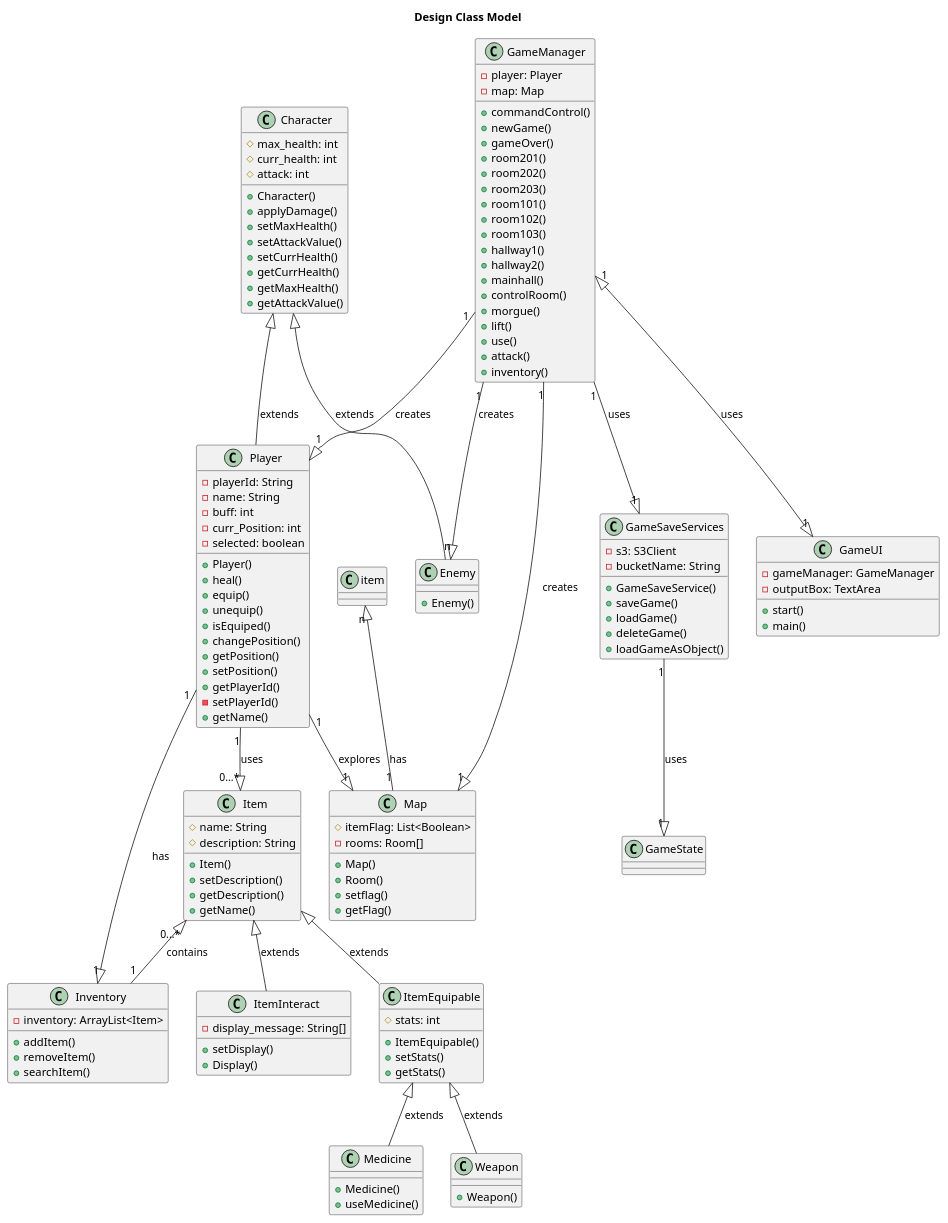
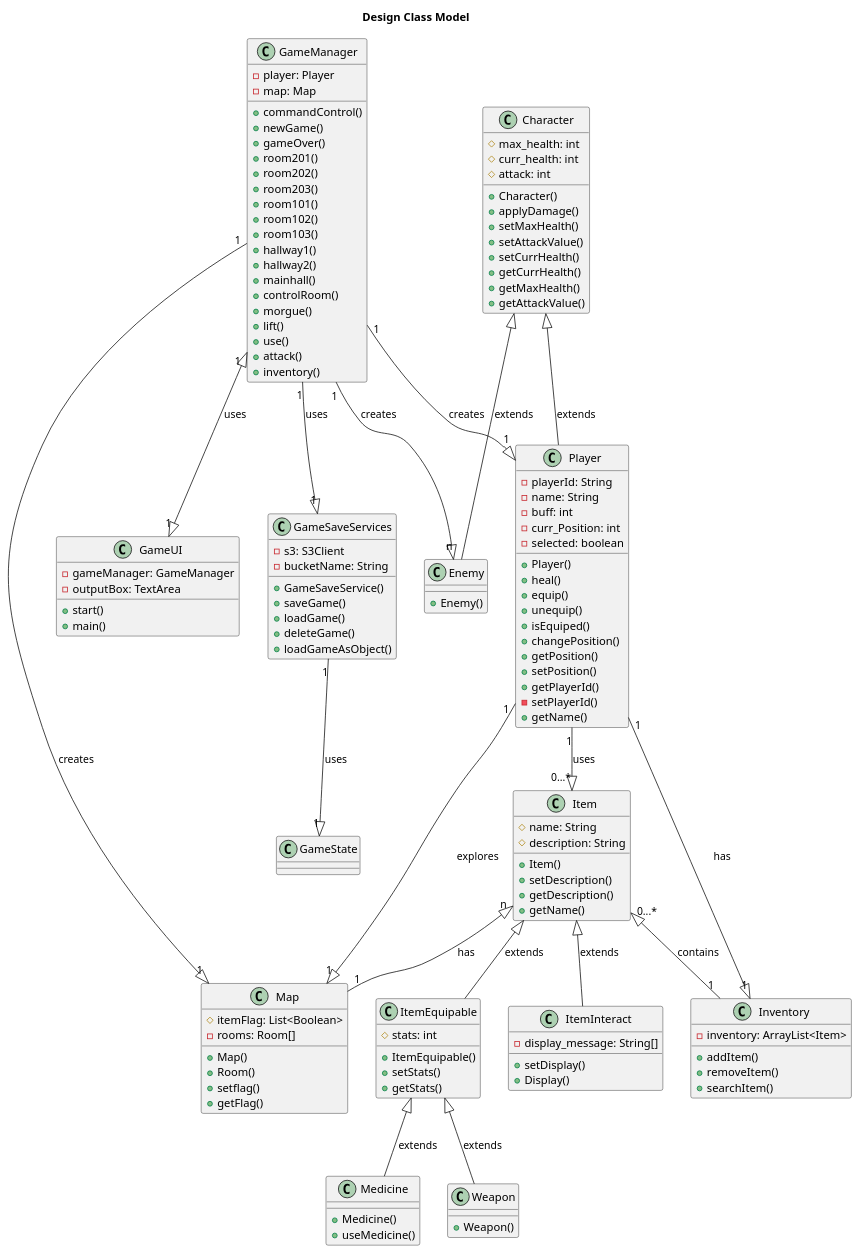
The diagram in docs/uml/DesignClassModel.plantuml (LimeiGuan/Text_Adventure_Game), drawn with PlantUML before and after one commit.

```diff
--- a/docs/uml/DesignClassModel.plantuml
+++ b/docs/uml/DesignClassModel.plantuml
@@ -1,165 +1,165 @@
 @startuml DesignClassModel
 
 title Design Class Model
 
 class Character{
   #max_health: int
   #curr_health: int
   #attack: int
   
   +Character()
   +applyDamage()
   +setMaxHealth()
   +setAttackValue()
   +setCurrHealth()
   +getCurrHealth()
   +getMaxHealth()
   +getAttackValue()
 }
 
 class Player{
   -playerId: String
   -name: String
   -buff: int
   -curr_Position: int
   -selected: boolean
   
   +Player()
   +heal()
   +equip()
   +unequip()
   +isEquiped()
   +changePosition()
   +getPosition()
   +setPosition()
   +getPlayerId()
   -setPlayerId()
   +getName()
   
 }
 
 class Enemy{
   +Enemy()
 }
 
 class GameUI{
   -gameManager: GameManager
   -outputBox: TextArea
   
   +start()
   +main()
 }
 
 class GameManager{
   -player: Player
   -map: Map
   
   +commandControl()
   +newGame()
   +gameOver()
   +room201()
   +room202()
   +room203()
   +room101()
   +room102()
   +room103()
   +hallway1()
   +hallway2()
   +mainhall()
   +controlRoom()
   +morgue()
   +lift()
   +use()
   +attack()
   +inventory()
 }
 
 class GameSaveServices{
   -s3: S3Client
   -bucketName: String
   
   +GameSaveService()
   +saveGame()
   +loadGame()
   +deleteGame()
   +loadGameAsObject()
 }
 
 class GameState{
 }
 
 class Inventory{
   -inventory: ArrayList<Item>
   
   +addItem()
   +removeItem()
   +searchItem()
 }
 
 class Item{
   #name: String
   #description: String
   
   +Item()
   +setDescription()
   +getDescription()
   +getName()
 }
 
 class ItemEquipable{
   #stats: int
   
   +ItemEquipable()
   +setStats()
   +getStats()
 }
 
 class ItemInteract{
   -display_message: String[]
   
   +setDisplay()
   +Display()
 }
 
 class Medicine{
   +Medicine()
   +useMedicine()
 }
 
 class Weapon{
   +Weapon()
 }
 
 class Map{
   #itemFlag: List<Boolean>
   -rooms: Room[]
   
   +Map()
   +Room()
   +setflag()
   +getFlag()
 }
 
 Character <|-- Player : extends
 Character <|-- Enemy : extends
 
 Item <|-- ItemEquipable : extends
 Item <|-- ItemInteract : extends
 Item"0...*" <|-- "1"Inventory : contains
-item"n" <|-- "1"Map : has
+Item"n" <|-- "1"Map : has
 
 ItemEquipable <|-- Weapon: extends
 ItemEquipable <|-- Medicine: extends
 
 Player"1" --|> "0...*"Item : uses 
 Player"1" --|> "1"Inventory : has
 Player"1" --|> "1"Map : explores
 
 GameManager"1" --|> "1"Player : creates
 GameManager"1" --|> "n"Enemy : creates
 GameManager"1" <|--|> "1"GameUI : uses
 GameManager"1" --|> "1"Map : creates
 GameManager"1" --|> "1"GameSaveServices : uses
 GameSaveServices"1" --|> "1"GameState : uses
 
 @enduml
```
